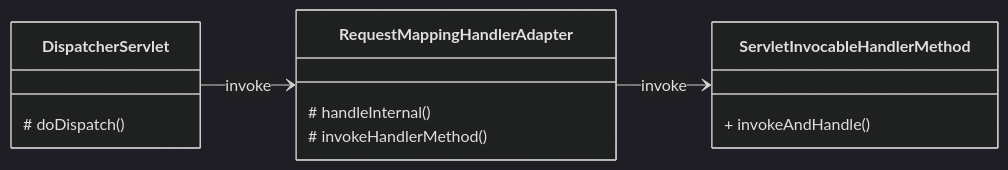
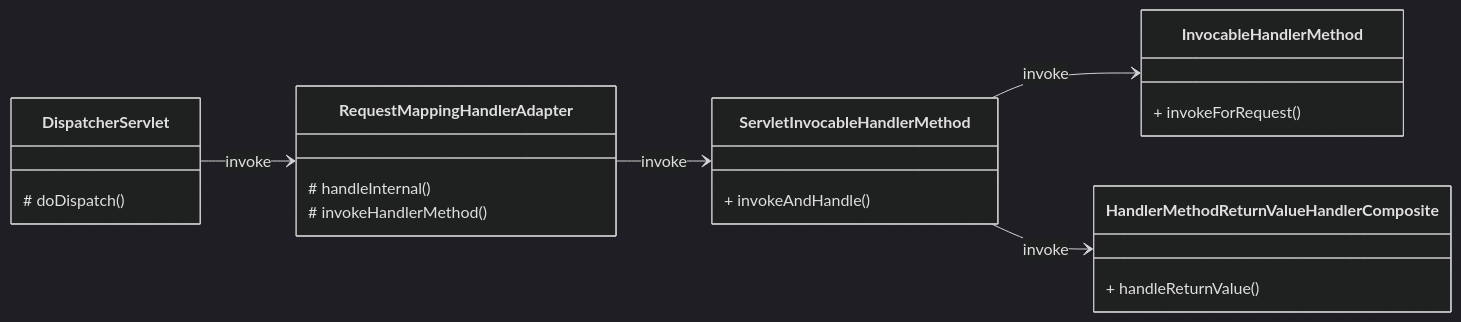
One commit to domeniczz/learnJavaDev changed diagram 14 of 29 in DevTech/Spring.md. Above: the diagram before and after it, drawn with Mermaid (dark theme). The commit also changed other lines of this file, not shown here.

````diff
--- a/DevTech/Spring.md
+++ b/DevTech/Spring.md
@@ -6132,16 +6364,24 @@
 ```mermaid
 classDiagram
   direction LR
   class DispatcherServlet {
     # doDispatch()
   }
   class RequestMappingHandlerAdapter {
     # handleInternal()
     # invokeHandlerMethod()
   }
   class ServletInvocableHandlerMethod {
     + invokeAndHandle()
   }
+  class InvocableHandlerMethod {
+    + invokeForRequest()
+  }
+  class HandlerMethodReturnValueHandlerComposite {
+    + handleReturnValue()
+  }
   DispatcherServlet --> RequestMappingHandlerAdapter : invoke
   RequestMappingHandlerAdapter --> ServletInvocableHandlerMethod : invoke
+  ServletInvocableHandlerMethod --> InvocableHandlerMethod : invoke
+  ServletInvocableHandlerMethod --> HandlerMethodReturnValueHandlerComposite : invoke
 ```
````
